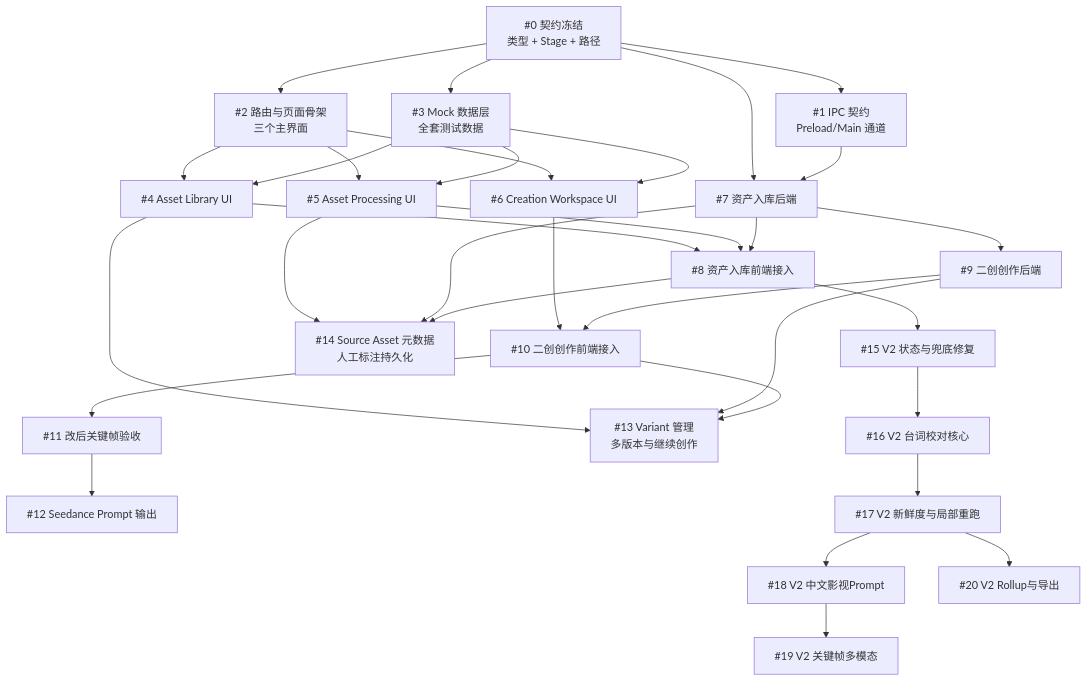
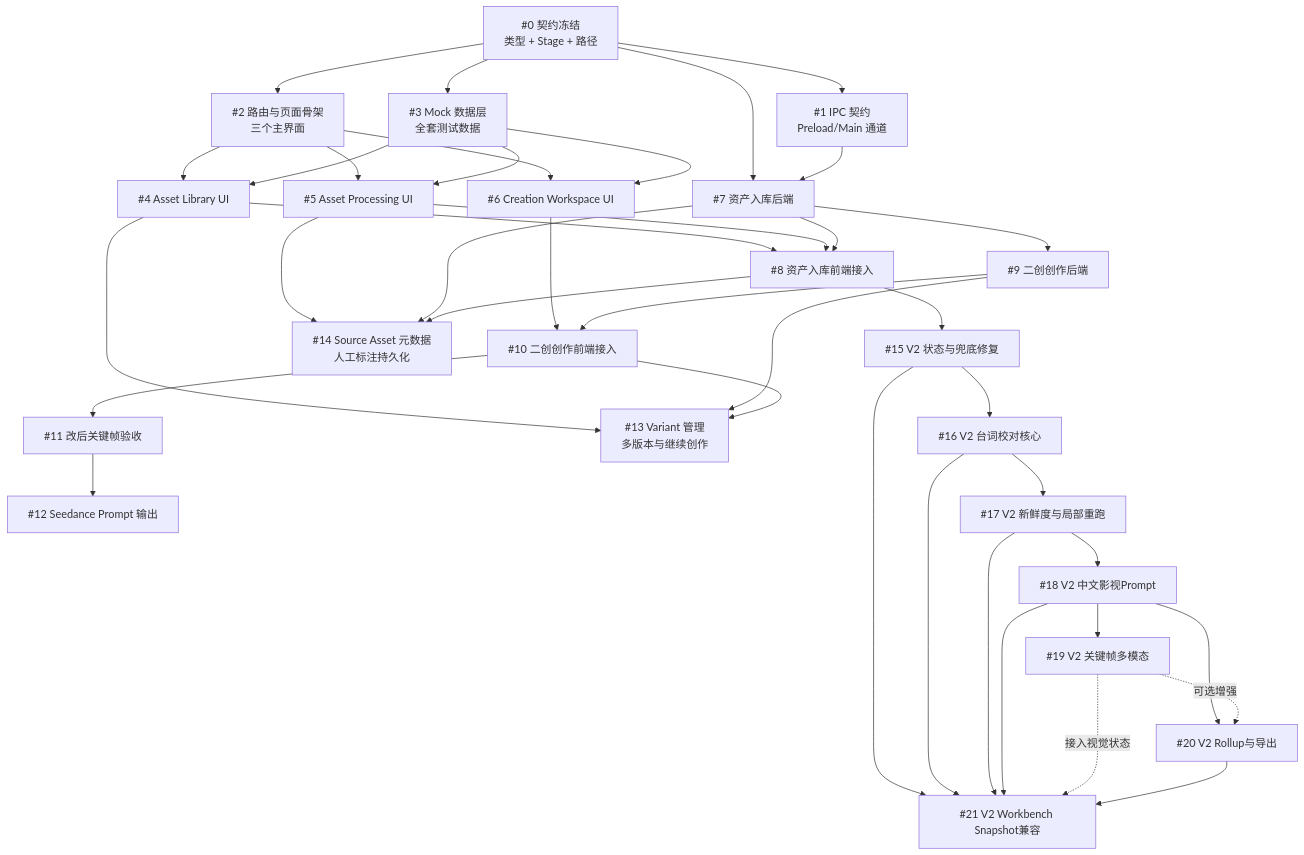
The diagram in .planning/tasks/remix-issues-overview.md (twj515895394/lingji-creator), drawn with Mermaid before and after one commit. The commit also changed other lines of this file, not shown here.

````diff
--- a/.planning/tasks/remix-issues-overview.md
+++ b/.planning/tasks/remix-issues-overview.md
@@ -11,60 +13,68 @@
 ```mermaid
 graph TD
     I0["#0 契约冻结<br/>类型 + Stage + 路径"]
     I1["#1 IPC 契约<br/>Preload/Main 通道"]
     I2["#2 路由与页面骨架<br/>三个主界面"]
     I3["#3 Mock 数据层<br/>全套测试数据"]
     I4["#4 Asset Library UI"]
     I5["#5 Asset Processing UI"]
     I6["#6 Creation Workspace UI"]
     I7["#7 资产入库后端"]
     I8["#8 资产入库前端接入"]
     I9["#9 二创创作后端"]
     I10["#10 二创创作前端接入"]
     I11["#11 改后关键帧验收"]
     I12["#12 Seedance Prompt 输出"]
     I13["#13 Variant 管理<br/>多版本与继续创作"]
     I14["#14 Source Asset 元数据<br/>人工标注持久化"]
     
     %% Remix Understanding V2
     I15["#15 V2 状态与兜底修复"]
     I16["#16 V2 台词校对核心"]
     I17["#17 V2 新鲜度与局部重跑"]
     I18["#18 V2 中文影视Prompt"]
     I19["#19 V2 关键帧多模态"]
     I20["#20 V2 Rollup与导出"]
+    I21["#21 V2 Workbench Snapshot兼容"]
 
     I0 --> I1
     I0 --> I2
     I0 --> I3
     I0 --> I7
     I1 --> I7
     I2 --> I4
     I2 --> I5
     I2 --> I6
     I3 --> I4
     I3 --> I5
     I3 --> I6
     I4 --> I8
     I5 --> I8
     I7 --> I8
     I7 --> I9
     I6 --> I10
     I9 --> I10
     I4 --> I13
     I9 --> I13
     I10 --> I13
     I5 --> I14
     I7 --> I14
     I8 --> I14
     I10 --> I11
     I11 --> I12
     
     %% V2 Connections
     I8 --> I15
     I15 --> I16
     I16 --> I17
     I17 --> I18
-    I17 --> I20
+    I18 --> I20
     I18 --> I19
+    I19 -.可选增强.-> I20
+    I15 --> I21
+    I16 --> I21
+    I17 --> I21
+    I18 --> I21
+    I19 -.接入视觉状态.-> I21
+    I20 --> I21
 ```
````
